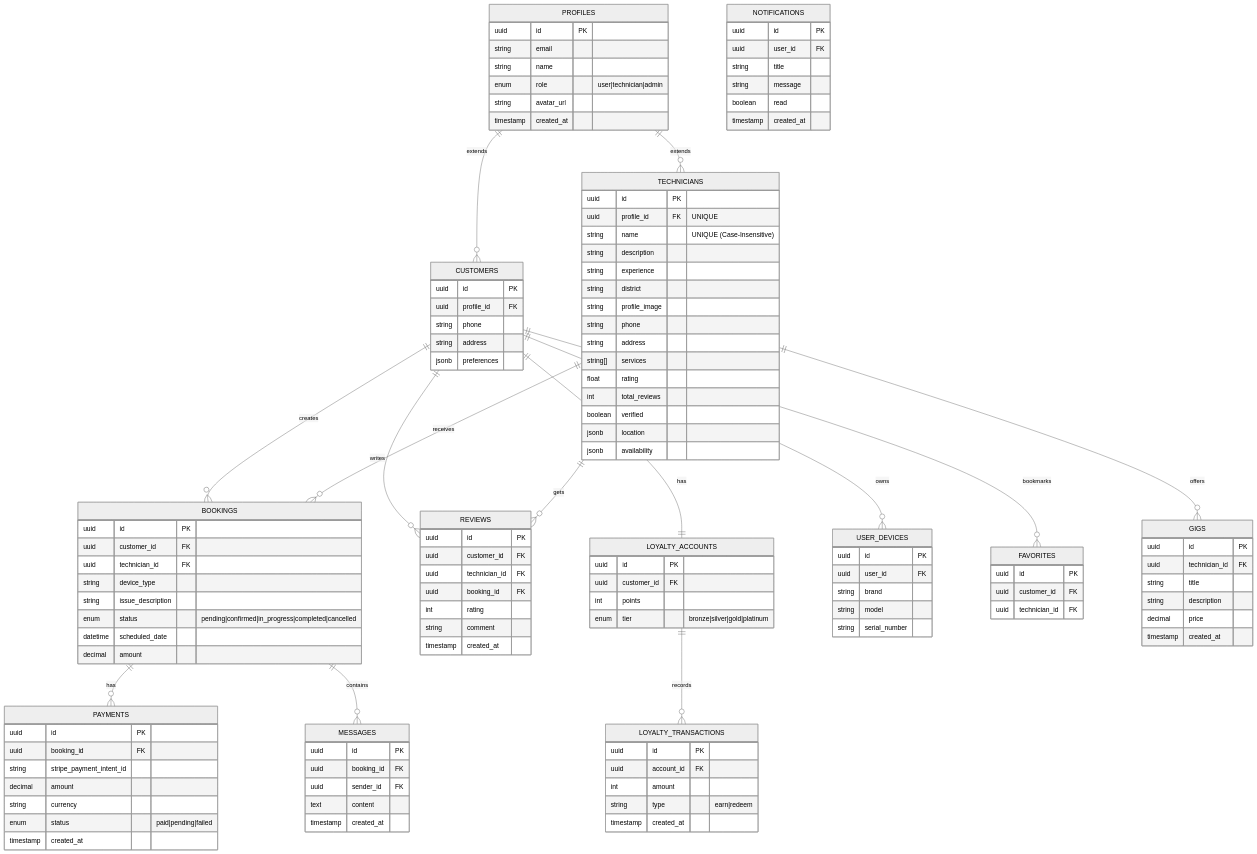
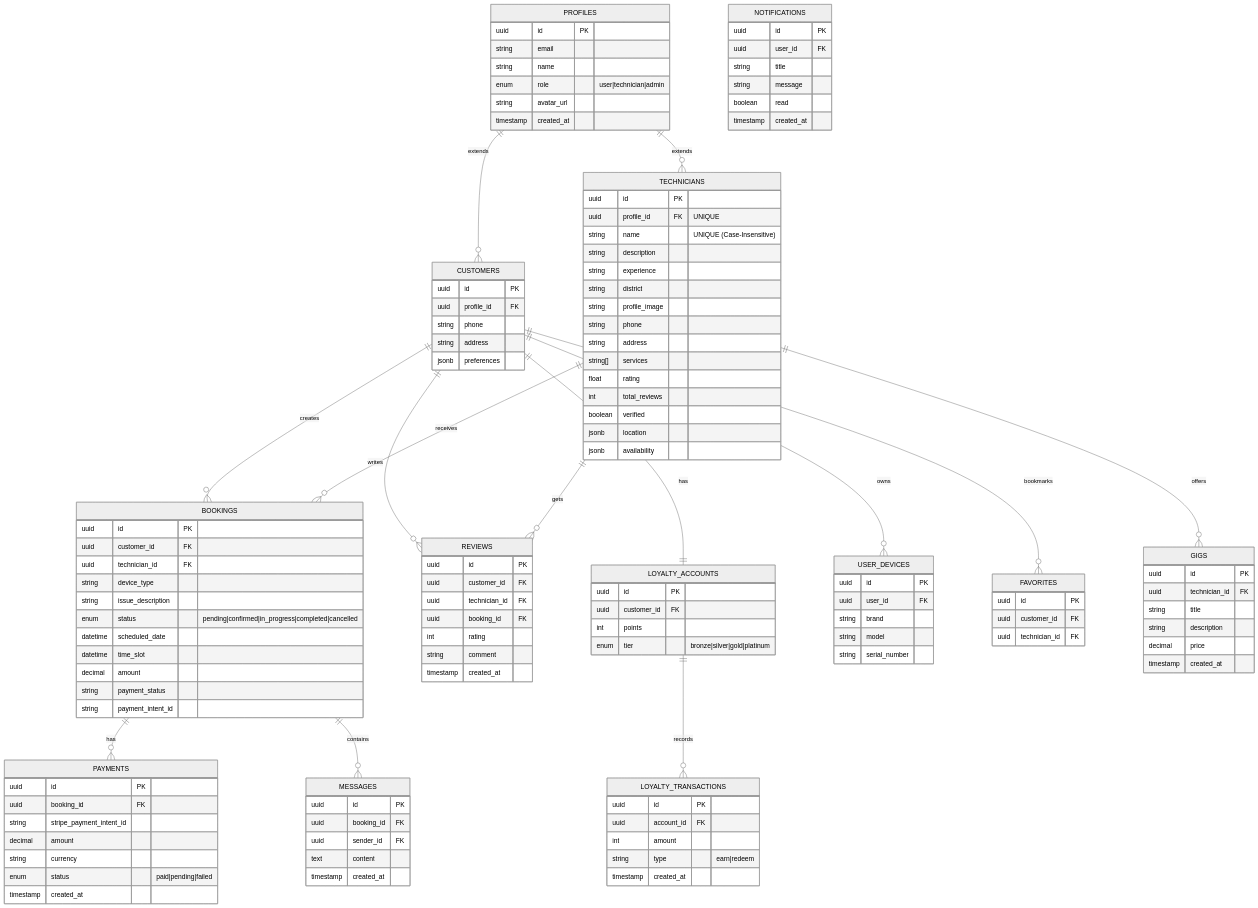
Before and after one commit to Irchika774/Tech-Care_official: the third of 16 diagrams in README.md, drawn with Mermaid (neutral theme). The commit also changed other lines of this file and 3 other files, not shown here.

Commit message:
v2.6.6: Fix booking confirmation flow, update docs/diagrams, and robustify error handling

```diff
--- a/README.md
+++ b/README.md
@@ -210,7 +210,10 @@
         string issue_description
         enum status "pending|confirmed|in_progress|completed|cancelled"
         datetime scheduled_date
+        datetime time_slot
         decimal amount
+        string payment_status
+        string payment_intent_id
     }
     
     REVIEWS {
```
